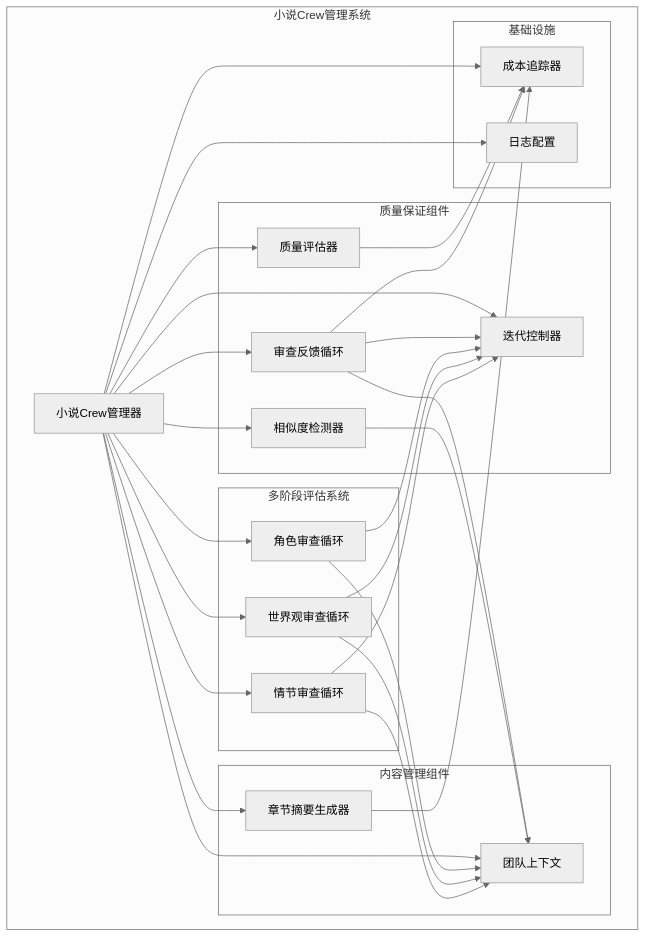
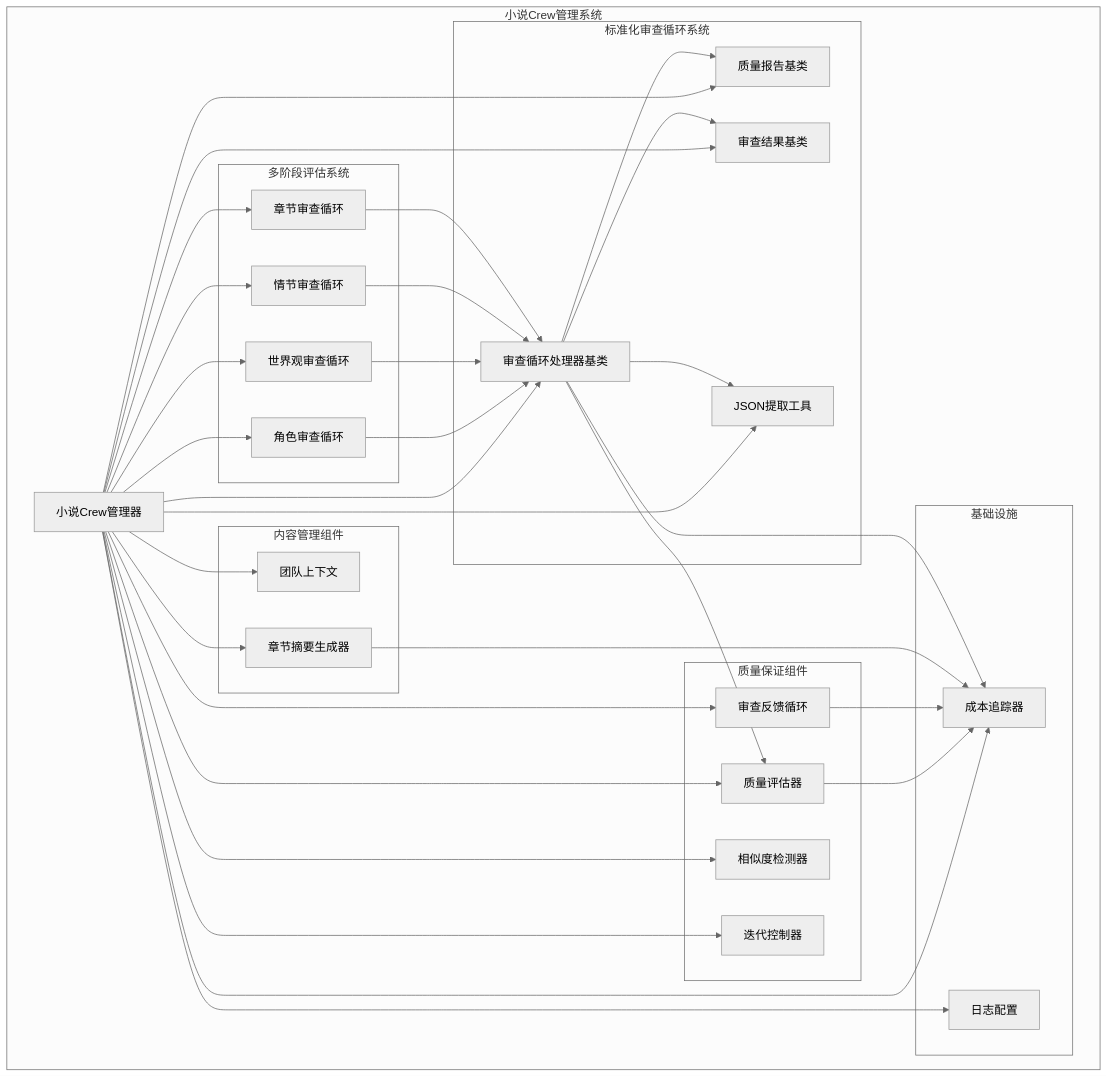
One commit to xfbyxq/ai-novel-system changed the sixth of 17 diagrams in .qoder/repowiki/zh/content/AI智能体系统/质量保证系统.md. Above: the diagram before and after it, drawn with Mermaid (neutral theme). The commit also changed other lines of this file and 10 other files, not shown here.

````diff
--- a/.qoder/repowiki/zh/content/AI智能体系统/质量保证系统.md
+++ b/.qoder/repowiki/zh/content/AI智能体系统/质量保证系统.md
@@ -230,48 +289,60 @@
 ```mermaid
 graph TB
 subgraph "小说Crew管理系统"
 CM[小说Crew管理器]
 subgraph "质量保证组件"
 QE[质量评估器]
 RL[审查反馈循环]
 SD[相似度检测器]
 IC[迭代控制器]
 end
+subgraph "标准化审查循环系统"
+BRB[审查循环处理器基类]
+BQR[质量报告基类]
+BRR[审查结果基类]
+JE[JSON提取工具]
+end
 subgraph "多阶段评估系统"
 CRE[角色审查循环]
 WRE[世界观审查循环]
 PRE[情节审查循环]
+RRL[章节审查循环]
 end
 subgraph "内容管理组件"
 TC[团队上下文]
 CSG[章节摘要生成器]
 end
 subgraph "基础设施"
 CT[成本追踪器]
 LC[日志配置]
 end
 end
 CM --> QE
 CM --> RL
 CM --> SD
 CM --> IC
+CM --> BRB
+CM --> BQR
+CM --> BRR
+CM --> JE
 CM --> CRE
 CM --> WRE
 CM --> PRE
+CM --> RRL
 CM --> TC
 CM --> CSG
 CM --> CT
 CM --> LC
 QE --> CT
 RL --> CT
 CSG --> CT
-RL --> IC
-CRE --> IC
-WRE --> IC
-PRE --> IC
-RL --> TC
-CRE --> TC
-WRE --> TC
-PRE --> TC
-SD --> TC
+BRB --> QE
+BRB --> CT
+BRB --> BQR
+BRB --> BRR
+BRB --> JE
+CRE --> BRB
+WRE --> BRB
+PRE --> BRB
+RRL --> BRB
 ```
````
